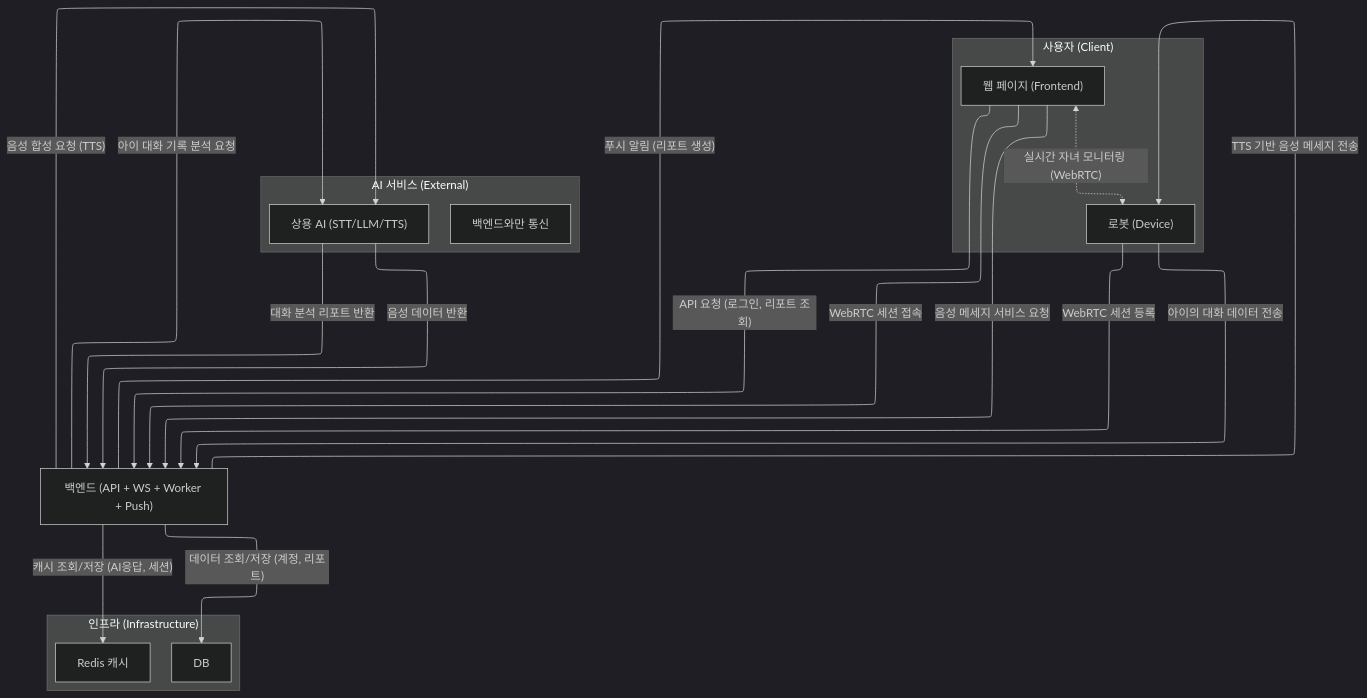
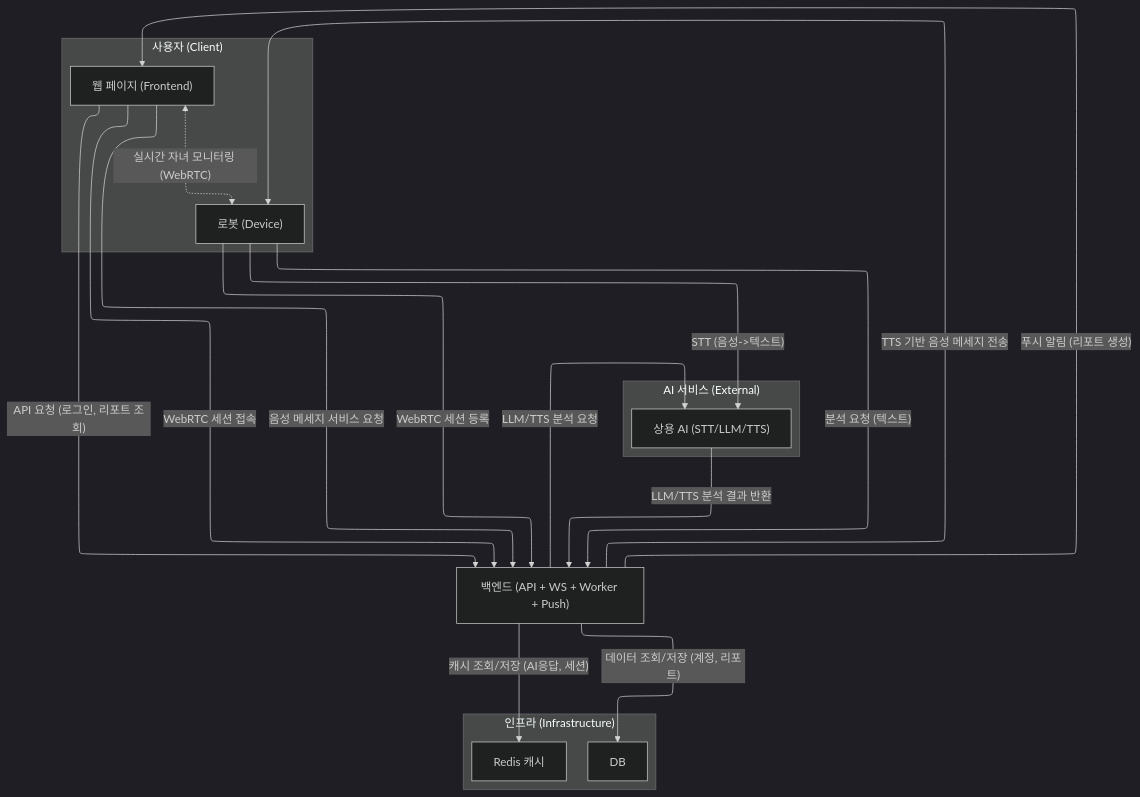
Before and after one commit to jiminh03/okeyducky: the diagram in BackEnd/Design/백엔드 서비스 아키텍처.mmd, drawn with Mermaid (dark theme). The commit also changed 3 other files, not shown here.

```diff
--- a/BackEnd/Design/백엔드 서비스 아키텍처.mmd
+++ b/BackEnd/Design/백엔드 서비스 아키텍처.mmd
@@ -1,47 +1,48 @@
 ---
 config:
   layout: elk
 ---
 graph TD
     subgraph "사용자 (Client)"
         P["웹 페이지 (Frontend)"]
         D["로봇 (Device)"]
     end
 
     subgraph "인프라 (Infrastructure)"
         DB["DB"]
         R["Redis 캐시"]
     end
 
     subgraph "AI 서비스 (External)"
-        note["백엔드와만 통신"]
         AI["상용 AI (STT/LLM/TTS)"]
     end
 
     B["백엔드 (API + WS + Worker + Push)"]
 
     %% --- 흐름 정의 ---
 
     %% 웹 페이지 <-> 백엔드 (인증, 리포트 조회/제어)
     P -- "API 요청 (로그인, 리포트 조회)" --> B
     P -- "WebRTC 세션 접속" --> B
     B -- "푸시 알림 (리포트 생성)" --> P
     P -- "음성 메세지 서비스 요청" --> B
 
     %% 로봇 <-> 백엔드 (핵심 통신)
     D -- "WebRTC 세션 등록" --> B
     B -- "TTS 기반 음성 메세지 전송" --> D
-    D -- "아이의 대화 데이터 전송" --> B
+    
+    %% --- 수정된 대화 처리 흐름 ---
+    D -- "STT (음성->텍스트)" --> AI
+    D -- "분석 요청 (텍스트)" --> B
+    %% --------------------------
 
     %% 백엔드 <-> 인프라 (데이터 저장)
     B -- "데이터 조회/저장 (계정, 리포트)" --> DB
     B -- "캐시 조회/저장 (AI응답, 세션)" --> R
 
     %% 백엔드 <-> AI (지능 처리)
-    B -- "아이 대화 기록 분석 요청" --> AI
-    AI -- "대화 분석 리포트 반환" --> B
-    B -- "음성 합성 요청 (TTS)" --> AI
-    AI -- "음성 데이터 반환" --> B
+    B -- "LLM/TTS 분석 요청" --> AI
+    AI -- "LLM/TTS 분석 결과 반환" --> B
 
     %% P2P 스트리밍 (백엔드는 중계만)
     P <-. "실시간 자녀 모니터링 (WebRTC)" .-> D
```
